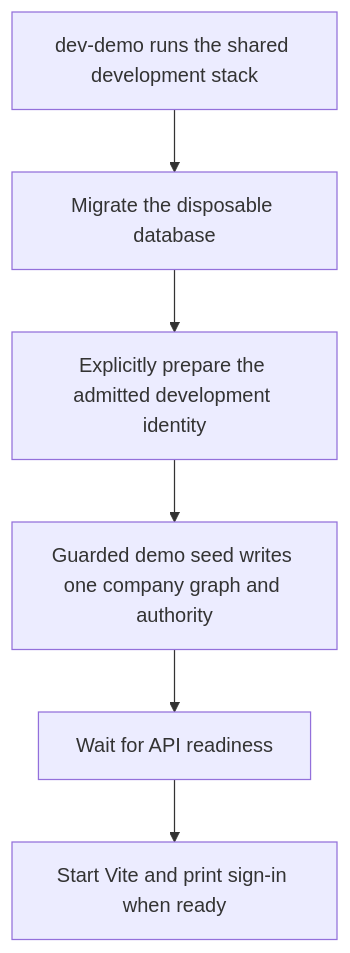
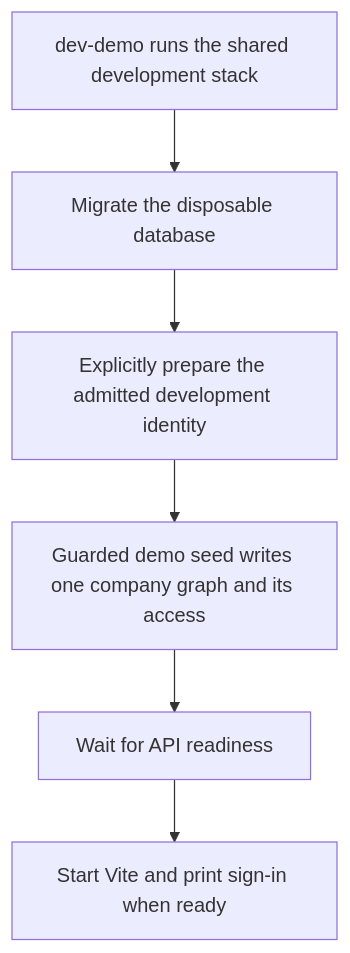
One commit to Kevinjohn/capacitylens changed the second of 2 diagrams in user-stories/data/US-DAT-06-seed-and-no-reseed.md. Above: the diagram before and after it, drawn with Mermaid. The commit also changed 285 other files, not shown here.

````diff
--- a/user-stories/data/US-DAT-06-seed-and-no-reseed.md
+++ b/user-stories/data/US-DAT-06-seed-and-no-reseed.md
@@ -32,8 +32,8 @@
 ```mermaid
 flowchart TD
   launcher["dev-demo runs the shared development stack"] --> migrate["Migrate the disposable database"]
   migrate --> identity["Explicitly prepare the admitted development identity"]
-  identity --> seed["Guarded demo seed writes one company graph and authority"]
+  identity --> seed["Guarded demo seed writes one company graph and its access"]
   seed --> api["Wait for API readiness"]
   api --> web["Start Vite and print sign-in when ready"]
 ```
````
